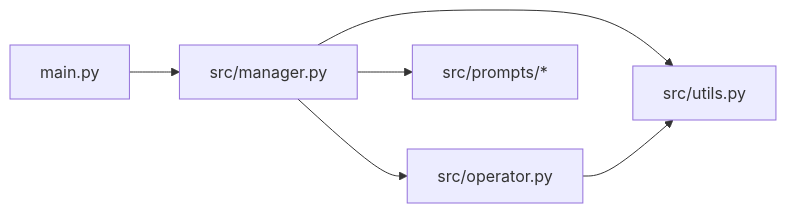
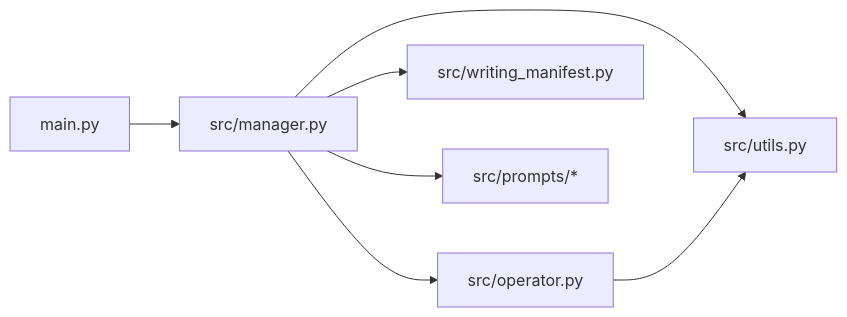
One commit to AutoX-AI-Labs/AutoR changed the third of 3 diagrams in README.md. Above: the diagram before and after it, drawn with Mermaid. The commit also changed other lines of this file, not shown here.

````diff
--- a/README.md
+++ b/README.md
@@ -292,8 +430,9 @@
 ```mermaid
 flowchart LR
     A[main.py] --> B[src/manager.py]
     B --> C[src/operator.py]
     B --> D[src/utils.py]
-    B --> E[src/prompts/*]
+    B --> E[src/writing_manifest.py]
+    B --> F[src/prompts/*]
     C --> D
 ```
````
